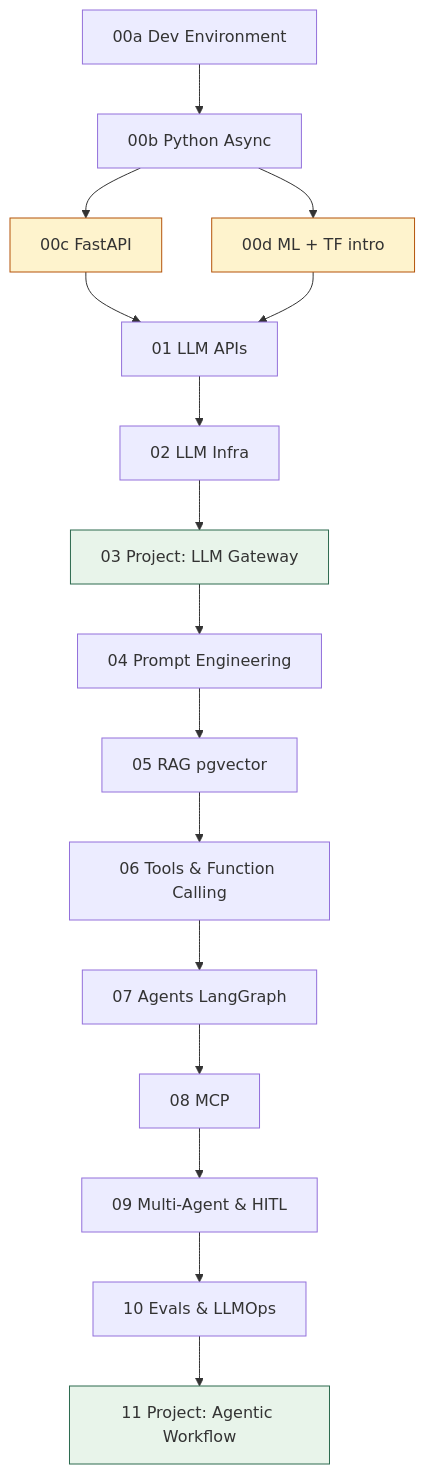
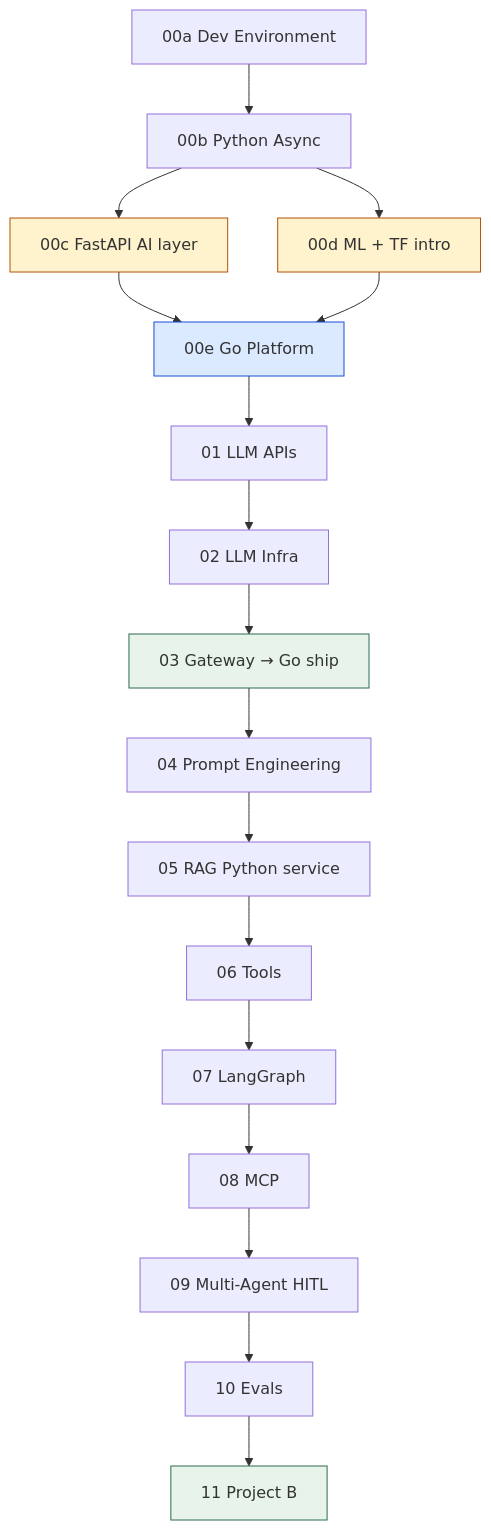
One commit to codevoks/Learning changed the second of 2 diagrams in AI/AI Development/LEARNING-PLAN.md. Above: the diagram before and after it, drawn with Mermaid. The commit also changed other lines of this file and 17 other files, not shown here.

````diff
--- a/AI/AI Development/LEARNING-PLAN.md
+++ b/AI/AI Development/LEARNING-PLAN.md
@@ -47,23 +48,25 @@
 ```mermaid
 flowchart TD
     M00a[00a Dev Environment] --> M00b[00b Python Async]
-    M00b --> M00c[00c FastAPI]
+    M00b --> M00c[00c FastAPI AI layer]
     M00b --> M00d[00d ML + TF intro]
-    M00c --> M01[01 LLM APIs]
-    M00d --> M01
+    M00c --> M00e[00e Go Platform]
+    M00d --> M00e
+    M00e --> M01[01 LLM APIs]
     M01 --> M02[02 LLM Infra]
-    M02 --> M03[03 Project: LLM Gateway]
+    M02 --> M03[03 Gateway → Go ship]
     M03 --> M04[04 Prompt Engineering]
-    M04 --> M05[05 RAG pgvector]
-    M05 --> M06[06 Tools & Function Calling]
-    M06 --> M07[07 Agents LangGraph]
+    M04 --> M05[05 RAG Python service]
+    M05 --> M06[06 Tools]
+    M06 --> M07[07 LangGraph]
     M07 --> M08[08 MCP]
-    M08 --> M09[09 Multi-Agent & HITL]
-    M09 --> M10[10 Evals & LLMOps]
-    M10 --> M11[11 Project: Agentic Workflow]
+    M08 --> M09[09 Multi-Agent HITL]
+    M09 --> M10[10 Evals]
+    M10 --> M11[11 Project B]
 
     style M00c fill:#fef3cd,stroke:#b45309
     style M00d fill:#fef3cd,stroke:#b45309
+    style M00e fill:#dbeafe,stroke:#1d4ed8
     style M03 fill:#e8f4ea,stroke:#2d6a4f
     style M11 fill:#e8f4ea,stroke:#2d6a4f
 ```
````
